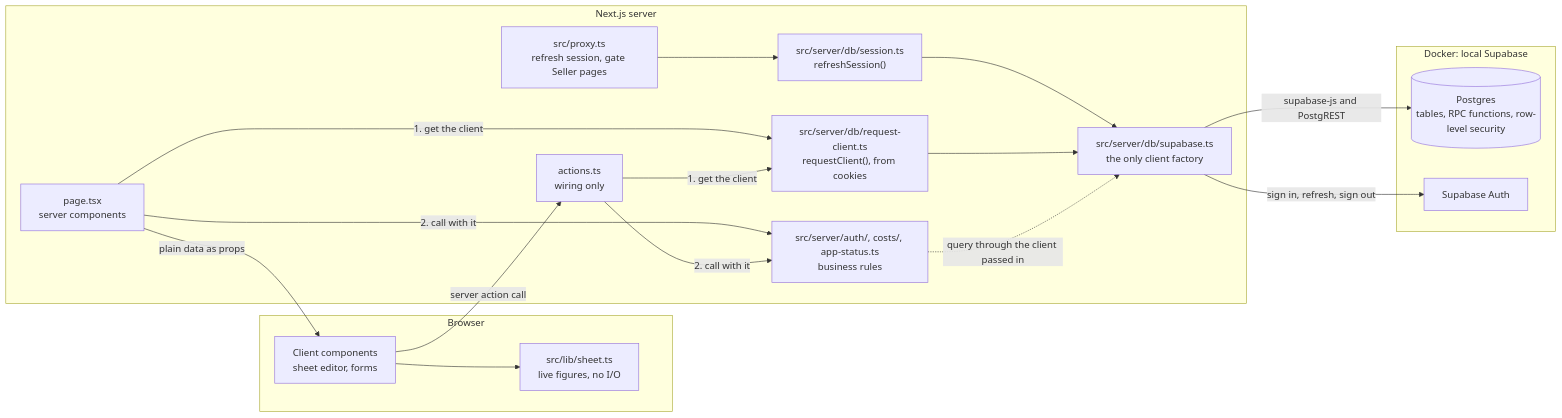
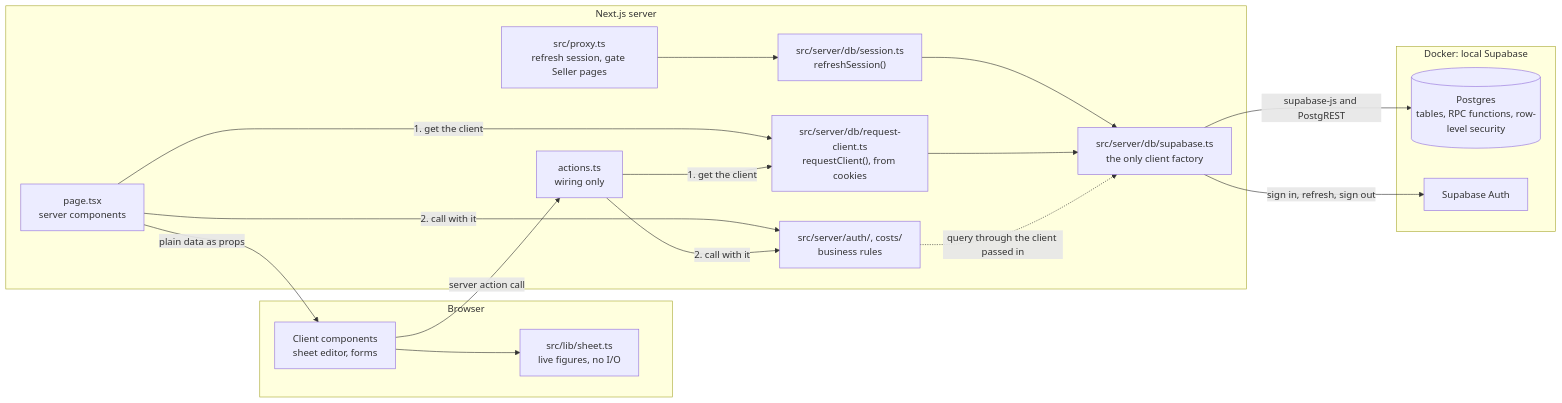
One commit to chuan-khuna/gumrai changed the diagram in docs/documents/architecture.md. Above: the diagram before and after it, drawn with Mermaid. The commit also changed other lines of this file and 4 other files, not shown here.

Commit message:
docs(landing): describe the landing page and remove app_status from the documents

````diff
--- a/docs/documents/architecture.md
+++ b/docs/documents/architecture.md
@@ -5,33 +5,33 @@
 ```mermaid
 flowchart LR
 	subgraph Browser
 		client["Client components<br/>sheet editor, forms"]
 		lib["src/lib/sheet.ts<br/>live figures, no I/O"]
 		client --> lib
 	end
 	subgraph Server["Next.js server"]
 		proxy["src/proxy.ts<br/>refresh session, gate Seller pages"]
 		session["src/server/db/session.ts<br/>refreshSession()"]
 		proxy --> session
 		session --> sb
 		pages["page.tsx<br/>server components"]
 		actions["actions.ts<br/>wiring only"]
 		rc["src/server/db/request-client.ts<br/>requestClient(), from cookies"]
-		rules["src/server/auth/, costs/, app-status.ts<br/>business rules"]
+		rules["src/server/auth/, costs/<br/>business rules"]
 		sb["src/server/db/supabase.ts<br/>the only client factory"]
 		pages -- "1. get the client" --> rc
 		actions -- "1. get the client" --> rc
 		rc --> sb
 		pages -- "2. call with it" --> rules
 		actions -- "2. call with it" --> rules
 		rules -. "query through the client passed in" .-> sb
 	end
 	subgraph Docker["Docker: local Supabase"]
 		pg[("Postgres<br/>tables, RPC functions, row-level security")]
 		auth["Supabase Auth"]
 	end
 	client -- "server action call" --> actions
 	pages -- "plain data as props" --> client
 	sb -- "supabase-js and PostgREST" --> pg
 	sb -- "sign in, refresh, sign out" --> auth
 ```
````
